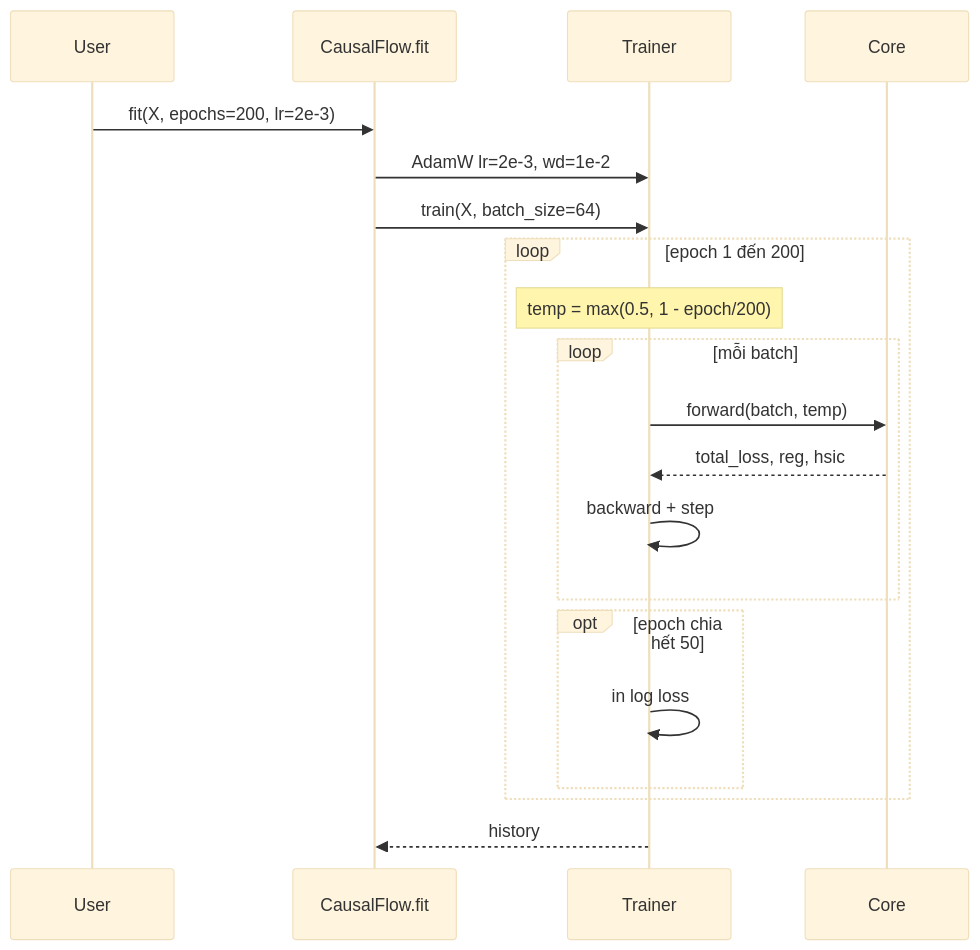
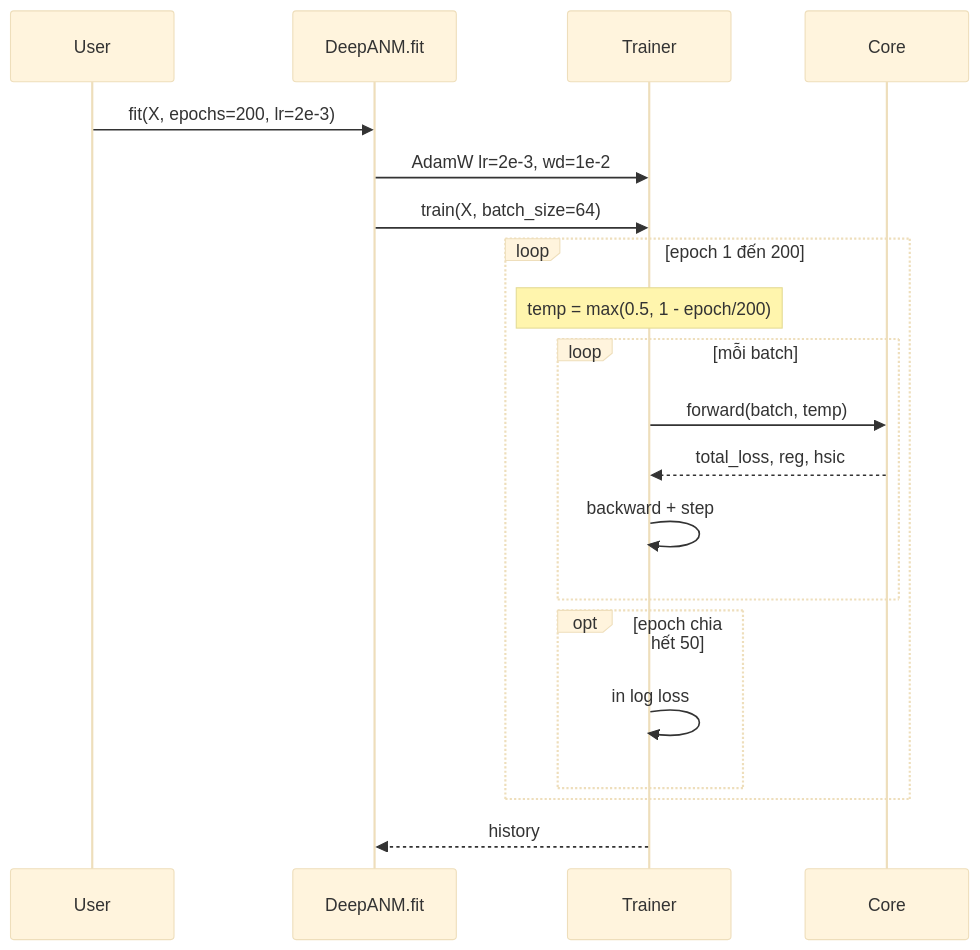
One commit to manhthai1706/DeepANM changed the eighth of 9 diagrams in ARCH.md. Above: the diagram before and after it, drawn with Mermaid (base theme). The commit also changed other lines of this file and 18 other files, not shown here.

Commit message:
refactor: rename CausalFlow → DeepANM (package, class, imports, docs)

````diff
--- a/ARCH.md
+++ b/ARCH.md
@@ -219,24 +219,24 @@
 ```mermaid
 sequenceDiagram
     participant U as User
-    participant F as CausalFlow.fit
+    participant F as DeepANM.fit
     participant T as Trainer
     participant C as Core
 
     U->>F: fit(X, epochs=200, lr=2e-3)
     F->>T: AdamW lr=2e-3, wd=1e-2
     F->>T: train(X, batch_size=64)
 
     loop epoch 1 đến 200
         Note over T: temp = max(0.5, 1 - epoch/200)
         loop mỗi batch
             T->>C: forward(batch, temp)
             C-->>T: total_loss, reg, hsic
             T->>T: backward + step
         end
         opt epoch chia hết 50
             T->>T: in log loss
         end
     end
     T-->>F: history
 ```
````
